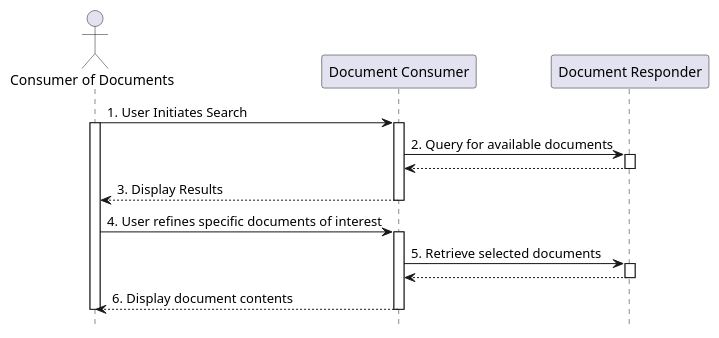
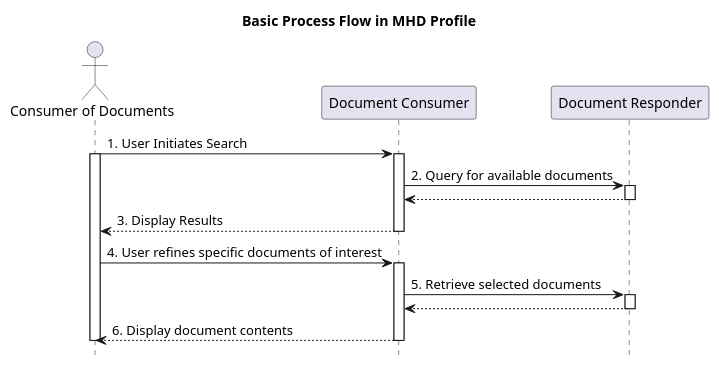
Before and after one commit to IHE/ITI.MHD: the diagram in input/images-source/usecase2-processflow.plantuml, drawn with PlantUML. The commit also changed 22 other files, not shown here.

```diff
--- a/input/images-source/usecase2-processflow.plantuml
+++ b/input/images-source/usecase2-processflow.plantuml
@@ -1,24 +1,25 @@
 @startuml
+title Basic Process Flow in MHD Profile
 hide footbox
 actor "Consumer of Documents"
 participant "Document Consumer" as DocumentConsumer
 participant "Document Responder" as DocumentResponder
 "Consumer of Documents" -> "DocumentConsumer" : 1. User Initiates Search
 activate "Consumer of Documents"
 activate "DocumentConsumer"
 "DocumentConsumer" -> "DocumentResponder" : 2. Query for available documents
 activate "DocumentResponder"
 return
 deactivate "DocumentResponder"
 "DocumentConsumer" --> "Consumer of Documents" : 3. Display Results
 deactivate "DocumentConsumer"
 "Consumer of Documents" -> "DocumentConsumer" : 4. User refines specific documents of interest
 activate "DocumentConsumer"
 "DocumentConsumer" -> "DocumentResponder" : 5. Retrieve selected documents
 activate "DocumentResponder"
 return
 deactivate "DocumentResponder"
 "DocumentConsumer" --> "Consumer of Documents" : 6. Display document contents
 deactivate "Consumer of Documents"
 deactivate "DocumentConsumer"
 @enduml
```
